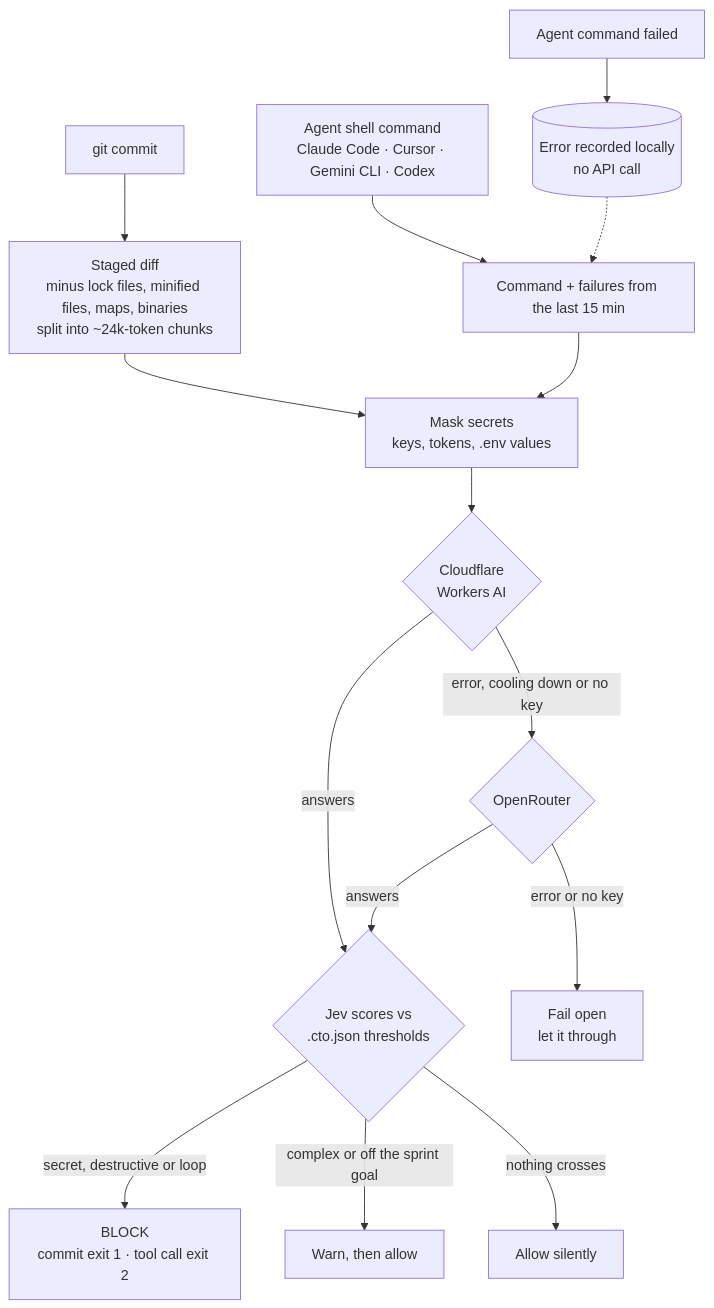
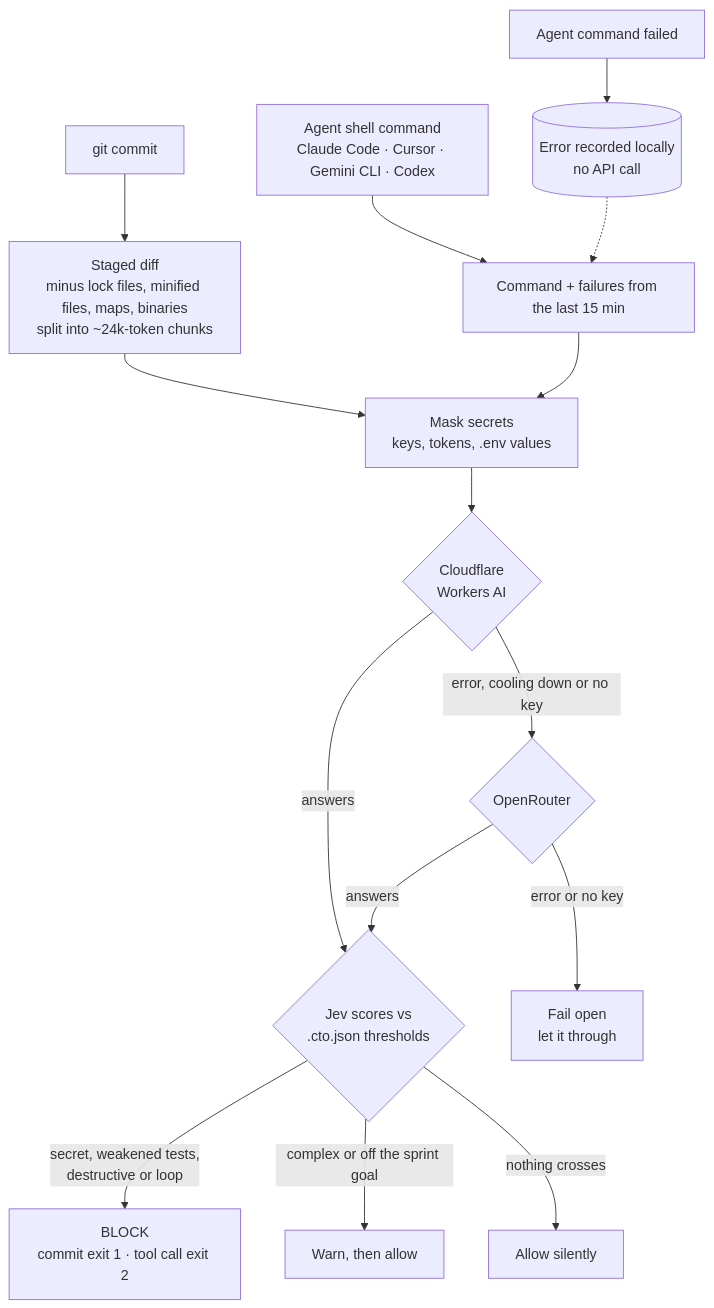
The diagram in README.md (rainday/your-cto-jev), drawn with Mermaid before and after one commit. The commit also changed other lines of this file and 6 other files, not shown here.

First line of the commit message:
Add test_tampering: block commits that weaken tests instead of fixing code

````diff
--- a/README.md
+++ b/README.md
@@ -45,17 +48,17 @@
 ```mermaid
 flowchart TD
     A["git commit"] --> B["Staged diff<br/>minus lock files, minified files, maps, binaries<br/>split into ~24k-token chunks"]
     C["Agent shell command<br/>Claude Code · Cursor · Gemini CLI · Codex"] --> D["Command + failures from the last 15 min"]
     E["Agent command failed"] --> F[("Error recorded locally<br/>no API call")]
     F -.-> D
     B --> M["Mask secrets<br/>keys, tokens, .env values"]
     D --> M
     M --> P1{"Cloudflare<br/>Workers AI"}
     P1 -- "answers" --> J{"Jev scores vs<br/>.cto.json thresholds"}
     P1 -- "error, cooling down or no key" --> P2{"OpenRouter"}
     P2 -- "answers" --> J
     P2 -- "error or no key" --> O["Fail open<br/>let it through"]
-    J -- "secret, destructive or loop" --> X["BLOCK<br/>commit exit 1 · tool call exit 2"]
+    J -- "secret, weakened tests,<br/>destructive or loop" --> X["BLOCK<br/>commit exit 1 · tool call exit 2"]
     J -- "complex or off the sprint goal" --> W["Warn, then allow"]
     J -- "nothing crosses" --> S["Allow silently"]
 ```
````
